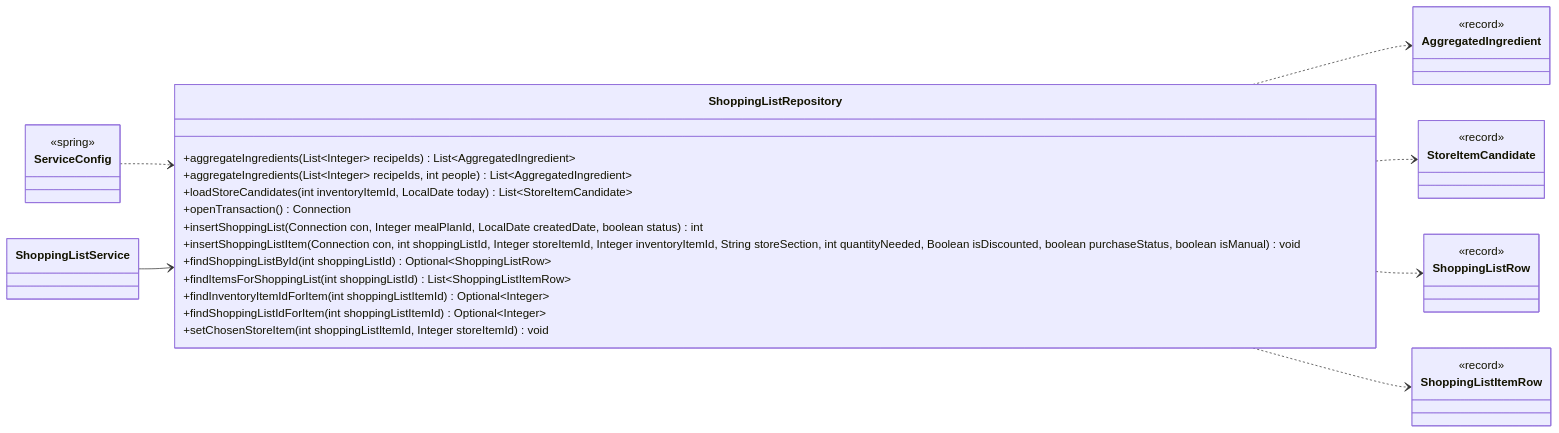
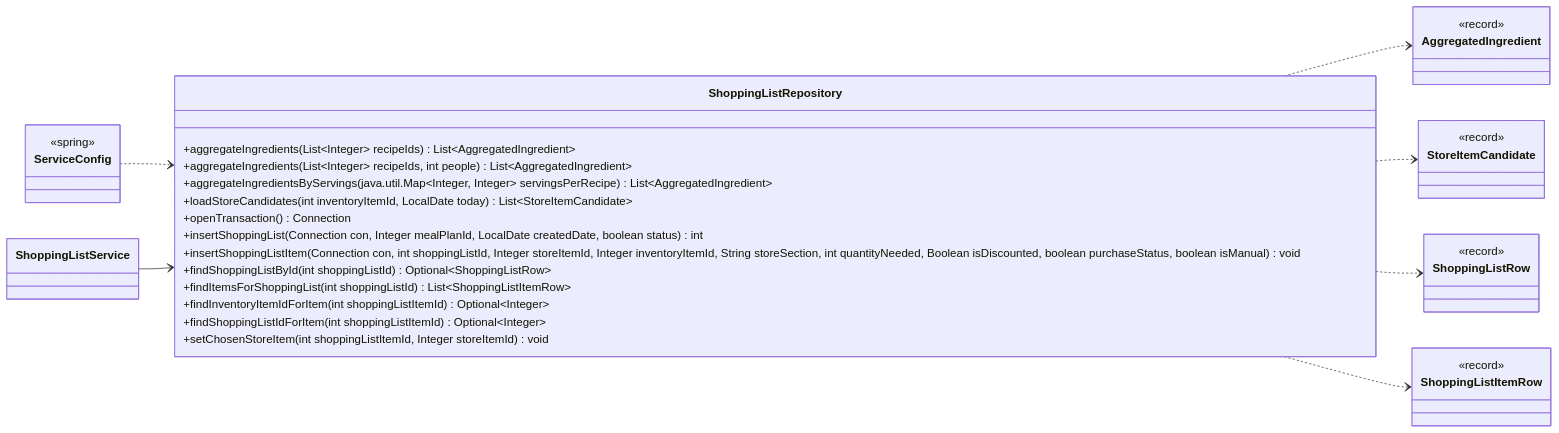
The eighth of 12 diagrams in docs/classes/shopping.md (Nate-ryan-7690/dahaem), drawn with Mermaid before and after one commit. The commit also changed other lines of this file and 4 other files, not shown here.

````diff
--- a/docs/classes/shopping.md
+++ b/docs/classes/shopping.md
@@ -328,39 +328,40 @@
 ```mermaid
 classDiagram
     direction LR
     class shopping_ShoppingListRepository["ShoppingListRepository"] {
         +aggregateIngredients(List~Integer~ recipeIds) List~AggregatedIngredient~
         +aggregateIngredients(List~Integer~ recipeIds, int people) List~AggregatedIngredient~
+        +aggregateIngredientsByServings(java.util.Map~Integer, Integer~ servingsPerRecipe) List~AggregatedIngredient~
         +loadStoreCandidates(int inventoryItemId, LocalDate today) List~StoreItemCandidate~
         +openTransaction() Connection
         +insertShoppingList(Connection con, Integer mealPlanId, LocalDate createdDate, boolean status) int
         +insertShoppingListItem(Connection con, int shoppingListId, Integer storeItemId, Integer inventoryItemId, String storeSection, int quantityNeeded, Boolean isDiscounted, boolean purchaseStatus, boolean isManual) void
         +findShoppingListById(int shoppingListId) Optional~ShoppingListRow~
         +findItemsForShoppingList(int shoppingListId) List~ShoppingListItemRow~
         +findInventoryItemIdForItem(int shoppingListItemId) Optional~Integer~
         +findShoppingListIdForItem(int shoppingListItemId) Optional~Integer~
         +setChosenStoreItem(int shoppingListItemId, Integer storeItemId) void
     }
     class shopping_ShoppingListService["ShoppingListService"]
     class shopping_AggregatedIngredient["AggregatedIngredient"] {
         <<record>>
     }
     class shopping_StoreItemCandidate["StoreItemCandidate"] {
         <<record>>
     }
     class shopping_ShoppingListRow["ShoppingListRow"] {
         <<record>>
     }
     class shopping_ShoppingListItemRow["ShoppingListItemRow"] {
         <<record>>
     }
     class api_ServiceConfig["ServiceConfig"] {
         <<spring>>
     }
     shopping_ShoppingListRepository ..> shopping_AggregatedIngredient
     shopping_ShoppingListRepository ..> shopping_StoreItemCandidate
     shopping_ShoppingListRepository ..> shopping_ShoppingListRow
     shopping_ShoppingListRepository ..> shopping_ShoppingListItemRow
     api_ServiceConfig ..> shopping_ShoppingListRepository
     shopping_ShoppingListService --> shopping_ShoppingListRepository
 ```
````
